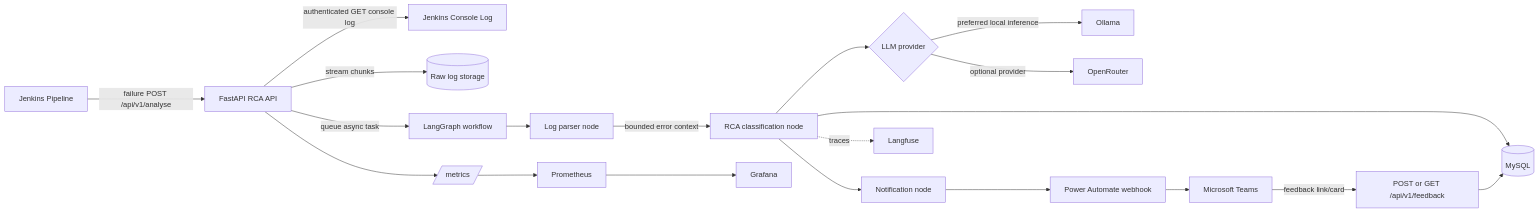
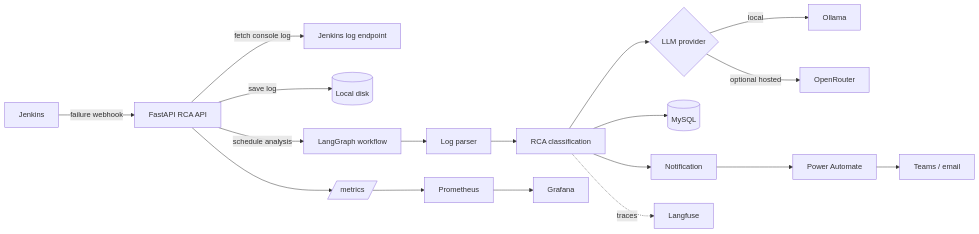
Before and after one commit to lyi1cob-ayub/jenkin-learning: the diagram in agent/PROJECT_DOCUMENTATION.md, drawn with Mermaid. The commit also changed other lines of this file and 1 other file, not shown here.

````diff
--- a/agent/PROJECT_DOCUMENTATION.md
+++ b/agent/PROJECT_DOCUMENTATION.md
@@ -65,22 +35,20 @@
 ```mermaid
 flowchart LR
-    J[Jenkins Pipeline] -->|failure POST /api/v1/analyse| API[FastAPI RCA API]
-    API -->|authenticated GET console log| JLOG[Jenkins Console Log]
-    API -->|stream chunks| FS[(Raw log storage)]
-    API -->|queue async task| WF[LangGraph workflow]
-    WF --> LP[Log parser node]
-    LP -->|bounded error context| RCA[RCA classification node]
-    RCA --> LLM{LLM provider}
-    LLM -->|preferred local inference| O[Ollama]
-    LLM -->|optional provider| OR[OpenRouter]
-    RCA --> DB[(MySQL)]
-    RCA --> NT[Notification node]
-    NT --> PA[Power Automate webhook]
-    PA --> TEAMS[Microsoft Teams]
-    TEAMS -->|feedback link/card| FB[POST or GET /api/v1/feedback]
-    FB --> DB
-    API --> MET[/metrics/]
-    MET --> PROM[Prometheus]
-    PROM --> GRAF[Grafana]
-    RCA -. traces .-> LF[Langfuse]
+    J[Jenkins] -->|failure webhook| A[FastAPI RCA API]
+    A -->|fetch console log| JL[Jenkins log endpoint]
+    A -->|save log| FS[(Local disk)]
+    A -->|schedule analysis| W[LangGraph workflow]
+    W --> P[Log parser]
+    P --> C[RCA classification]
+    C --> L{LLM provider}
+    L -->|local| O[Ollama]
+    L -->|optional hosted| OR[OpenRouter]
+    C --> DB[(MySQL)]
+    C --> N[Notification]
+    N --> PA[Power Automate]
+    PA --> T[Teams / email]
+    A --> M[/metrics/]
+    M --> PR[Prometheus]
+    PR --> G[Grafana]
+    C -. traces .-> LF[Langfuse]
 ```
````
